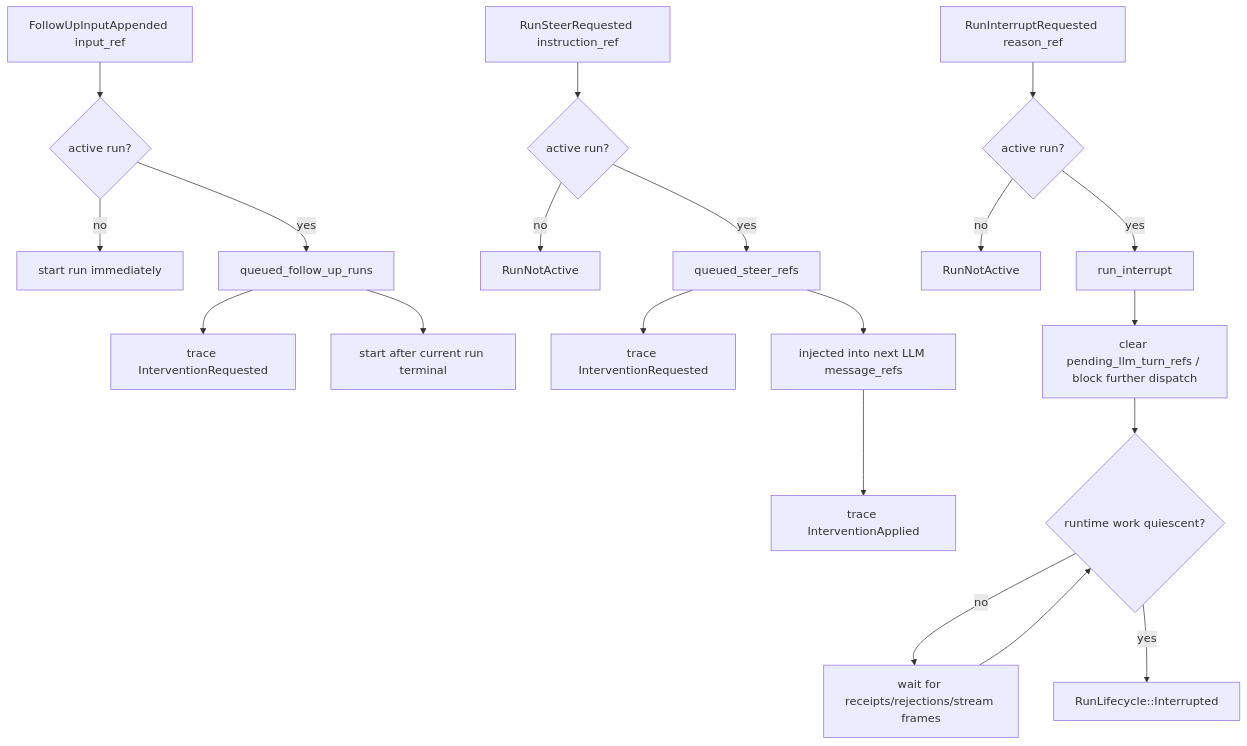
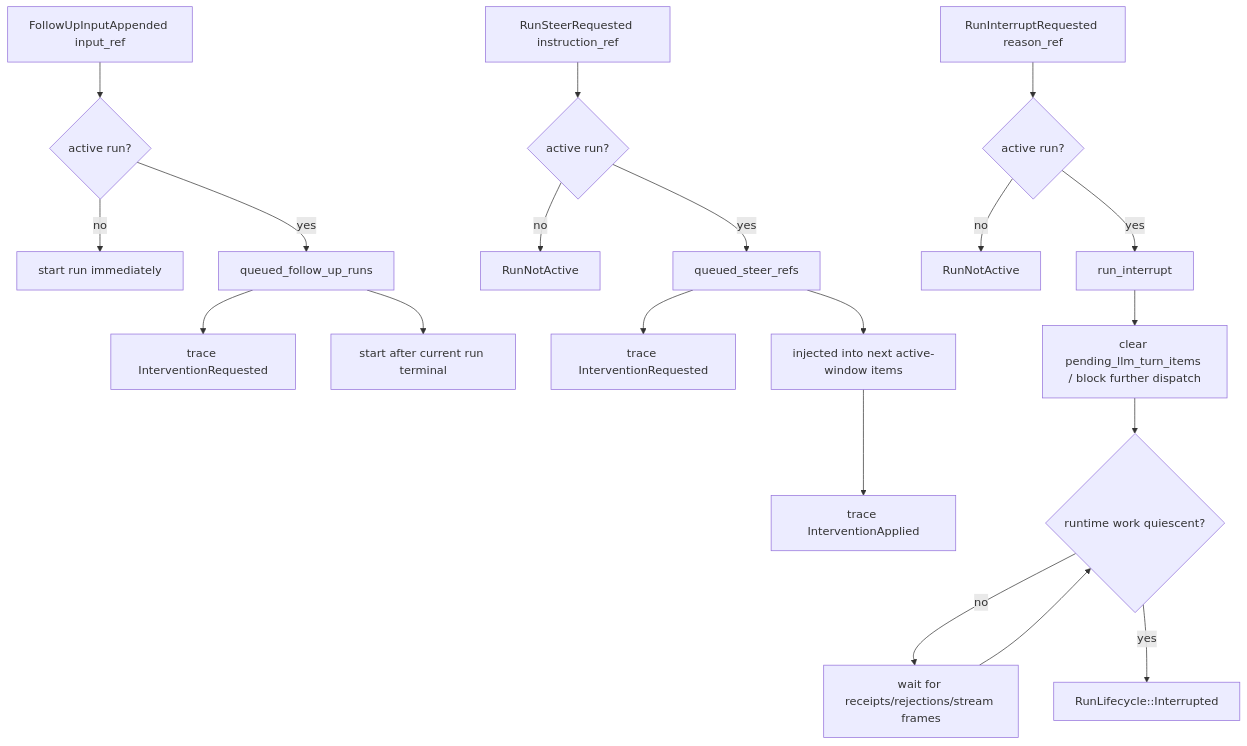
Diagram 15 of 22 in roadmap/v0.30-agent/visual-guide.md (smartcomputer-ai/agent-os), drawn with Mermaid before and after one commit. The commit also changed other lines of this file and 32 other files, not shown here.

````diff
--- a/roadmap/v0.30-agent/visual-guide.md
+++ b/roadmap/v0.30-agent/visual-guide.md
@@ -1115,24 +1139,24 @@
 ```mermaid
 flowchart TD
   FollowUp[FollowUpInputAppended input_ref] --> ActiveCheck{active run?}
   ActiveCheck -->|no| StartNow[start run immediately]
   ActiveCheck -->|yes| QueueFollowUp[queued_follow_up_runs]
   QueueFollowUp --> TraceFollowUp[trace InterventionRequested]
   QueueFollowUp --> Later[start after current run terminal]
 
   Steer[RunSteerRequested instruction_ref] --> ActiveRun{active run?}
   ActiveRun -->|no| Reject[RunNotActive]
   ActiveRun -->|yes| QueueSteer[queued_steer_refs]
   QueueSteer --> TraceSteer[trace InterventionRequested]
-  QueueSteer --> NextLLM[injected into next LLM message_refs]
+  QueueSteer --> NextLLM[injected into next active-window items]
   NextLLM --> TraceApplied[trace InterventionApplied]
 
   Interrupt[RunInterruptRequested reason_ref] --> ActiveRun2{active run?}
   ActiveRun2 -->|no| Reject2[RunNotActive]
   ActiveRun2 -->|yes| MarkInterrupt[run_interrupt]
-  MarkInterrupt --> BlockDispatch[clear pending_llm_turn_refs / block further dispatch]
+  MarkInterrupt --> BlockDispatch[clear pending_llm_turn_items / block further dispatch]
   BlockDispatch --> Quiescent{runtime work quiescent?}
   Quiescent -->|no| WaitReceipts[wait for receipts/rejections/stream frames]
   WaitReceipts --> Quiescent
   Quiescent -->|yes| FinishInterrupted[RunLifecycle::Interrupted]
 ```
````
